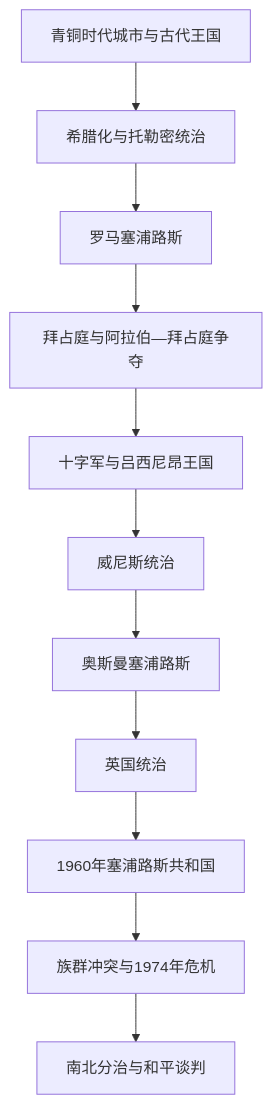
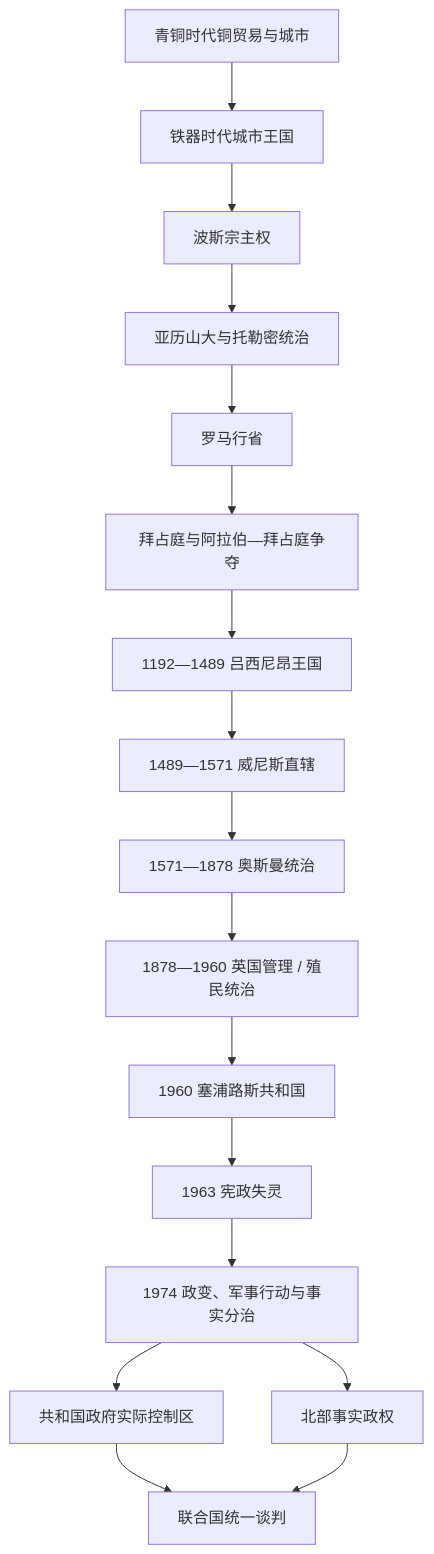
One commit to tianlan-dev/learning-notes changed the diagram in 人文科学/历史/西亚/塞浦路斯/README.md. Above: the diagram before and after it, drawn with Mermaid. The commit also changed other lines of this file and 1417 other files, not shown here.

````diff
--- a/人文科学/历史/西亚/塞浦路斯/README.md
+++ b/人文科学/历史/西亚/塞浦路斯/README.md
@@ -15,13 +17,19 @@
 ```mermaid
 flowchart TD
-    Ancient["青铜时代城市与古代王国"] --> Hellenistic["希腊化与托勒密统治"]
-    Hellenistic --> Roman["罗马塞浦路斯"]
-    Roman --> Byzantine["拜占庭与阿拉伯—拜占庭争夺"]
-    Byzantine --> Lusignan["十字军与吕西尼昂王国"]
-    Lusignan --> Venice["威尼斯统治"]
-    Venice --> Ottoman["奥斯曼塞浦路斯"]
-    Ottoman --> British["英国统治"]
-    British --> Republic["1960年塞浦路斯共和国"]
-    Republic --> Conflict["族群冲突与1974年危机"]
-    Conflict --> Division["南北分治与和平谈判"]
+    Bronze["青铜时代铜贸易与城市"] --> Kingdoms["铁器时代城市王国"]
+    Kingdoms --> Persia["波斯宗主权"]
+    Persia --> Hellenistic["亚历山大与托勒密统治"]
+    Hellenistic --> Rome["罗马行省"]
+    Rome --> Byzantine["拜占庭与阿拉伯—拜占庭争夺"]
+    Byzantine --> Lusignan["1192—1489 吕西尼昂王国"]
+    Lusignan --> Venice["1489—1571 威尼斯直辖"]
+    Venice --> Ottoman["1571—1878 奥斯曼统治"]
+    Ottoman --> British["1878—1960 英国管理 / 殖民统治"]
+    British --> Republic["1960 塞浦路斯共和国"]
+    Republic --> Crisis["1963 宪政失灵"]
+    Crisis --> Division["1974 政变、军事行动与事实分治"]
+    Division --> South["共和国政府实际控制区"]
+    Division --> North["北部事实政权"]
+    South --> Talks["联合国统一谈判"]
+    North --> Talks
 ```
````
